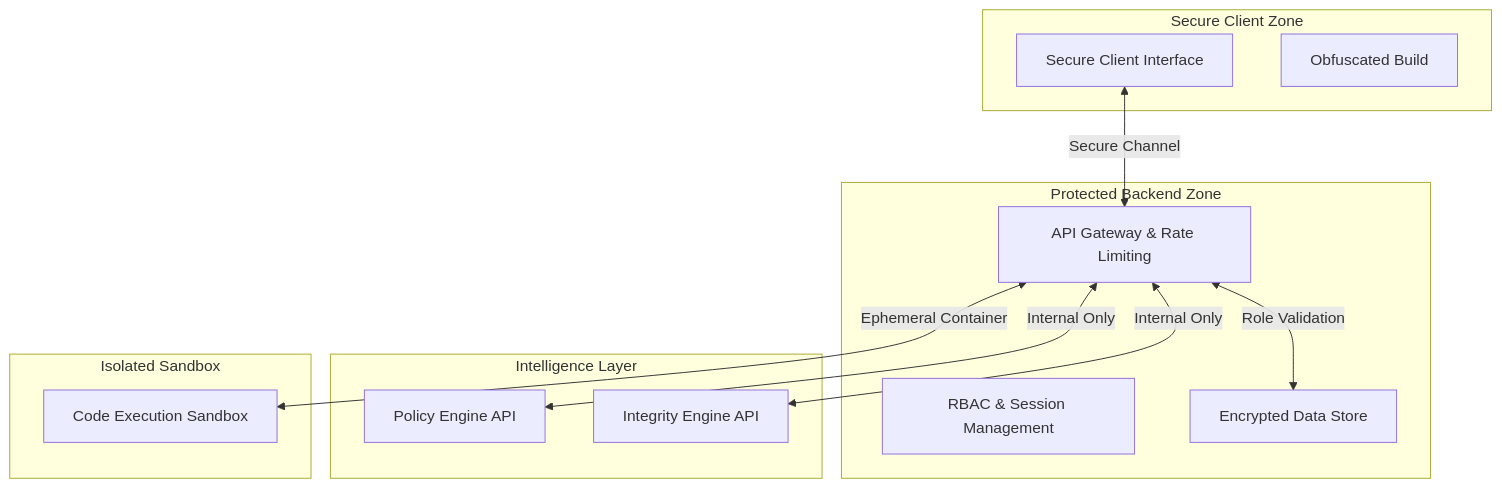
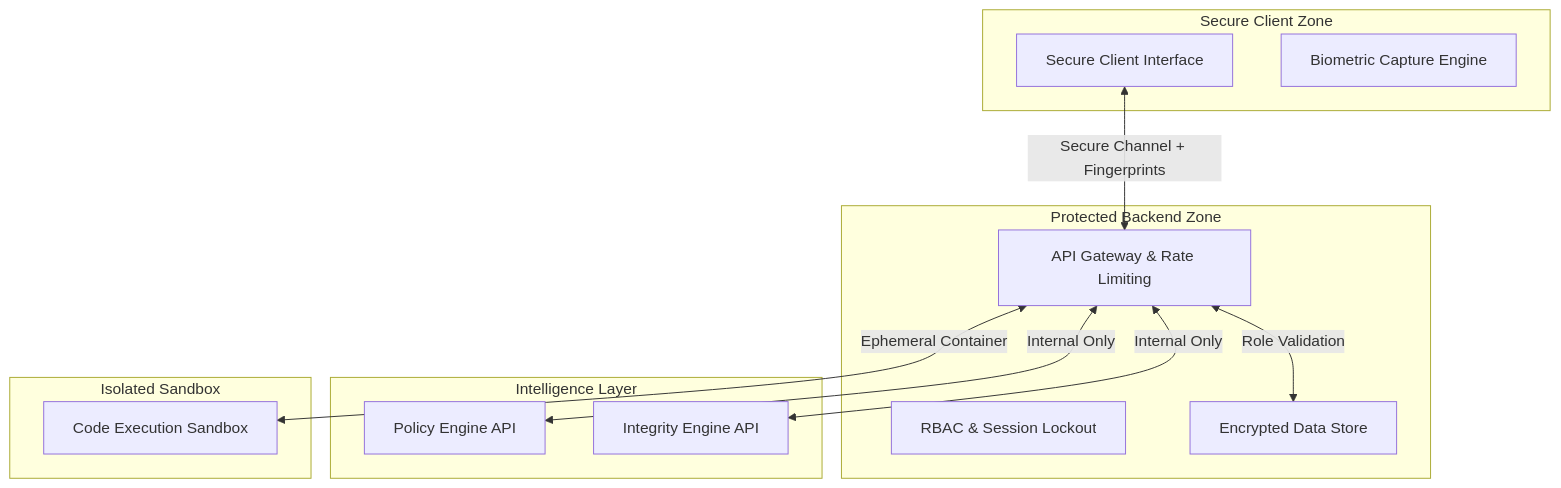
Before and after one commit to prathamsandesara/NeuroX: the diagram in README.md, drawn with Mermaid. The commit also changed other lines of this file and 10 other files, not shown here.

````diff
--- a/README.md
+++ b/README.md
@@ -71,28 +67,28 @@
 ```mermaid
 graph TD
     subgraph "Secure Client Zone"
         React[Secure Client Interface]
-        Vite[Obfuscated Build]
+        Biometrics[Biometric Capture Engine]
     end
 
     subgraph "Protected Backend Zone"
         Express[API Gateway & Rate Limiting]
-        Auth[RBAC & Session Management]
+        Auth[RBAC & Session Lockout]
         Supabase[Encrypted Data Store]
     end
 
     subgraph "Intelligence Layer"
         Policy[Policy Engine API]
         Trust[Integrity Engine API]
     end
 
     subgraph "Isolated Sandbox"
         Piston[Code Execution Sandbox]
     end
 
-    React <-->|Secure Channel| Express
+    React <-->|Secure Channel + Fingerprints| Express
     Express <-->|Role Validation| Supabase
     Express <-->|Internal Only| Policy
     Express <-->|Internal Only| Trust
     Express <-->|Ephemeral Container| Piston
 ```
````
